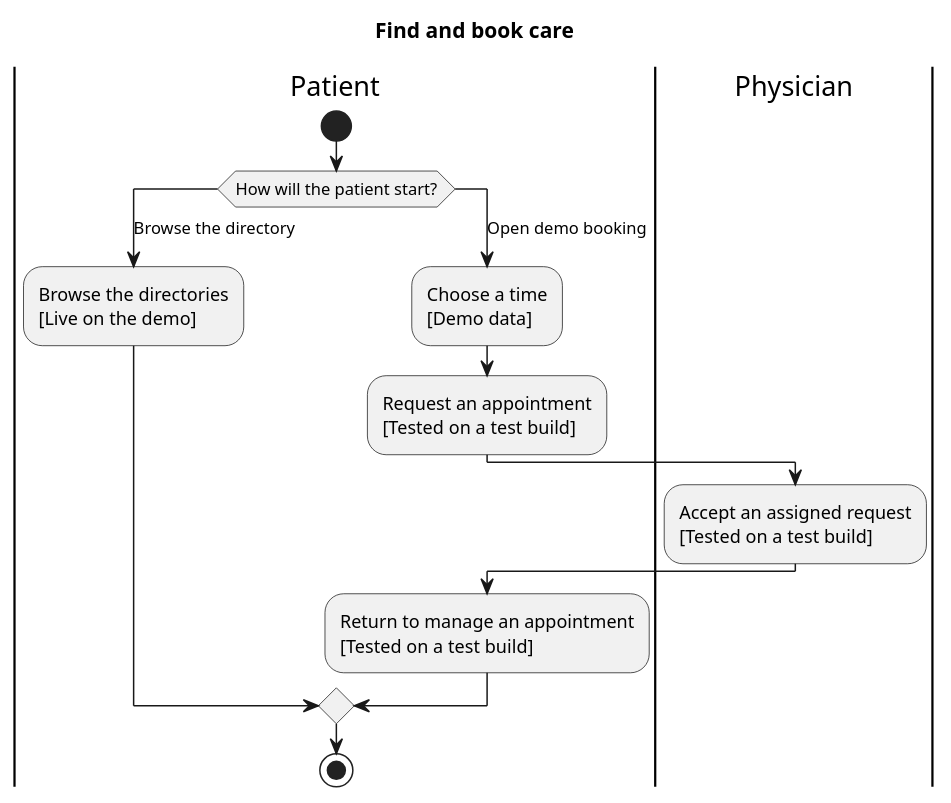
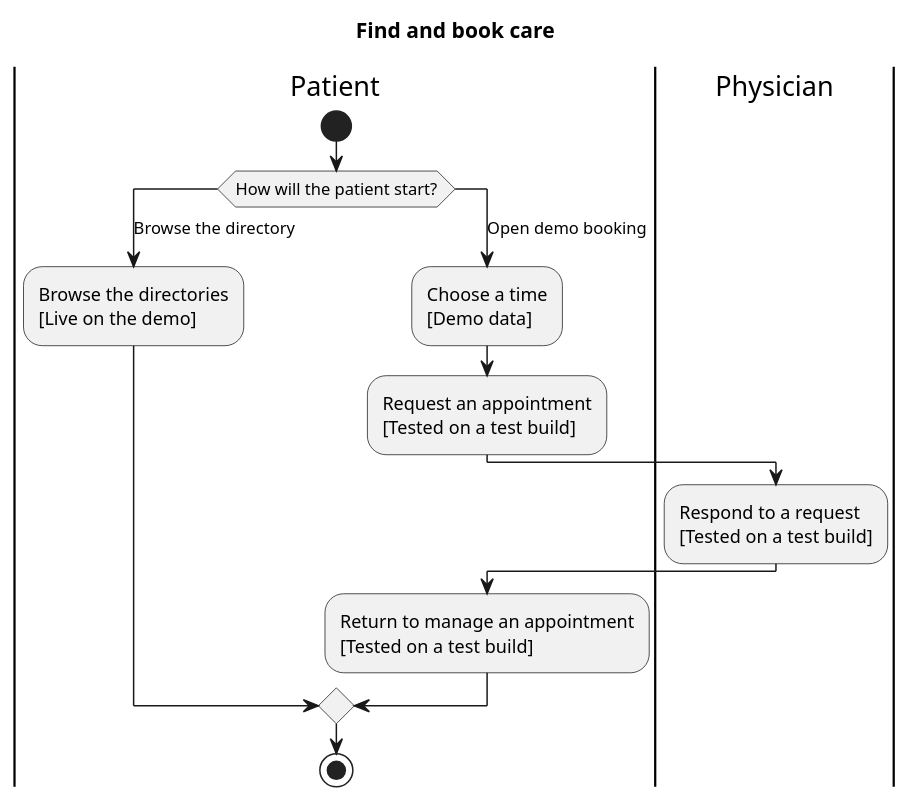
The diagram in care-en.puml (medbookdev/medbook-readiness), drawn with PlantUML before and after one commit. The commit also changed 11 other files, not shown here.

```diff
--- a/care-en.puml
+++ b/care-en.puml
@@ -1,20 +1,20 @@
 @startuml
 title Find and book care
 |Patient|
 start
 switch (How will the patient start?)
 case (Browse the directory)
 |Patient|
 :Browse the directories\n[Live on the demo];
 case (Open demo booking)
 |Patient|
 :Choose a time\n[Demo data];
 |Patient|
 :Request an appointment\n[Tested on a test build];
 |Physician|
-:Accept an assigned request\n[Tested on a test build];
+:Respond to a request\n[Tested on a test build];
 |Patient|
 :Return to manage an appointment\n[Tested on a test build];
 endswitch
 stop
 @enduml
```
